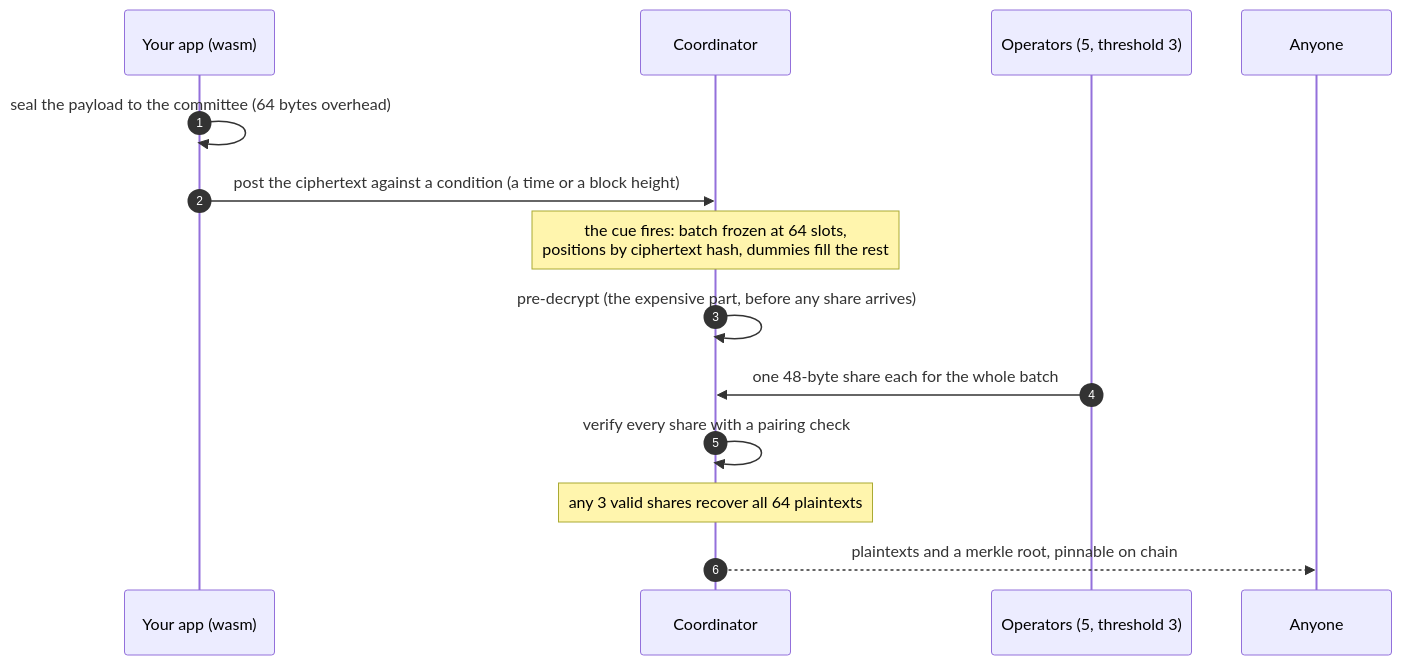
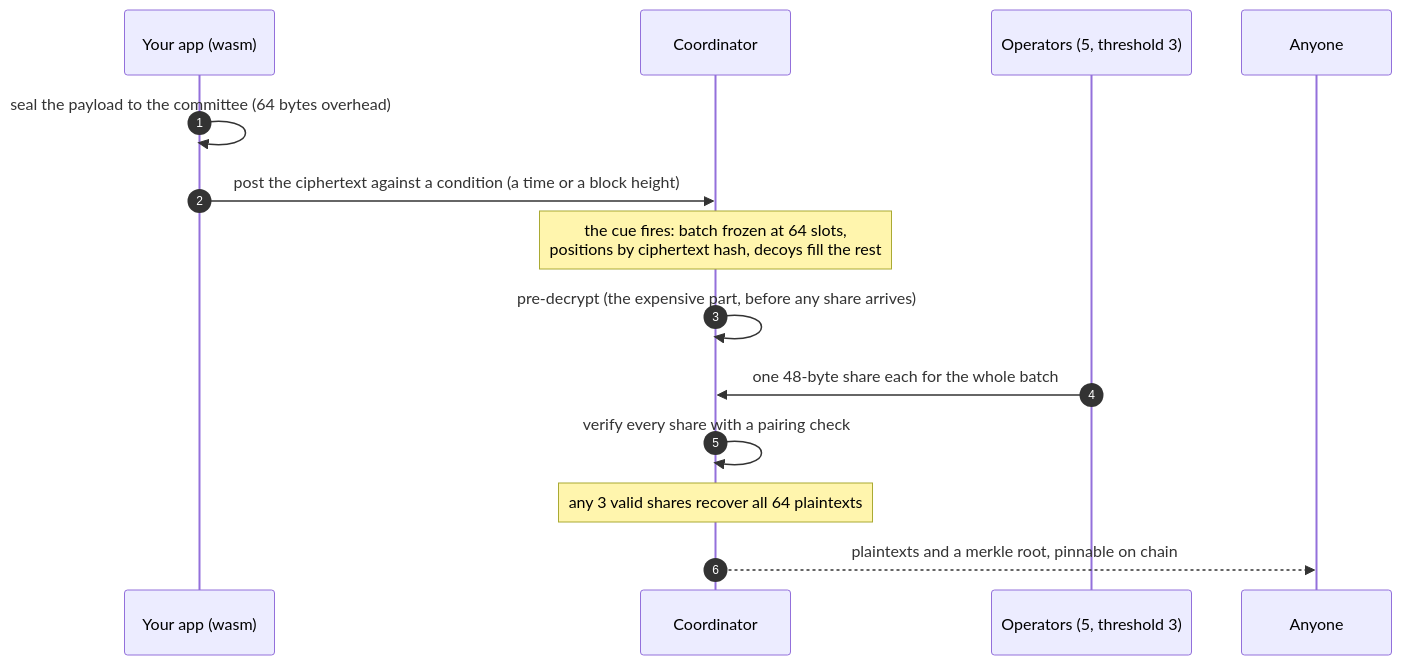
Before and after one commit to Adityaakr/peal: the fourth of 6 diagrams in README.md, drawn with Mermaid. The commit also changed other lines of this file, not shown here.

````diff
--- a/README.md
+++ b/README.md
@@ -266,17 +317,17 @@
 ```mermaid
 sequenceDiagram
     autonumber
     participant D as Your app (wasm)
     participant C as Coordinator
     participant O as Operators (5, threshold 3)
     participant A as Anyone
 
     D->>D: seal the payload to the committee (64 bytes overhead)
     D->>C: post the ciphertext against a condition (a time or a block height)
-    Note over C: the cue fires: batch frozen at 64 slots,<br/>positions by ciphertext hash, dummies fill the rest
+    Note over C: the cue fires: batch frozen at 64 slots,<br/>positions by ciphertext hash, decoys fill the rest
     C->>C: pre-decrypt (the expensive part, before any share arrives)
     O->>C: one 48-byte share each for the whole batch
     C->>C: verify every share with a pairing check
     Note over C: any 3 valid shares recover all 64 plaintexts
     C-->>A: plaintexts and a merkle root, pinnable on chain
 ```
````
